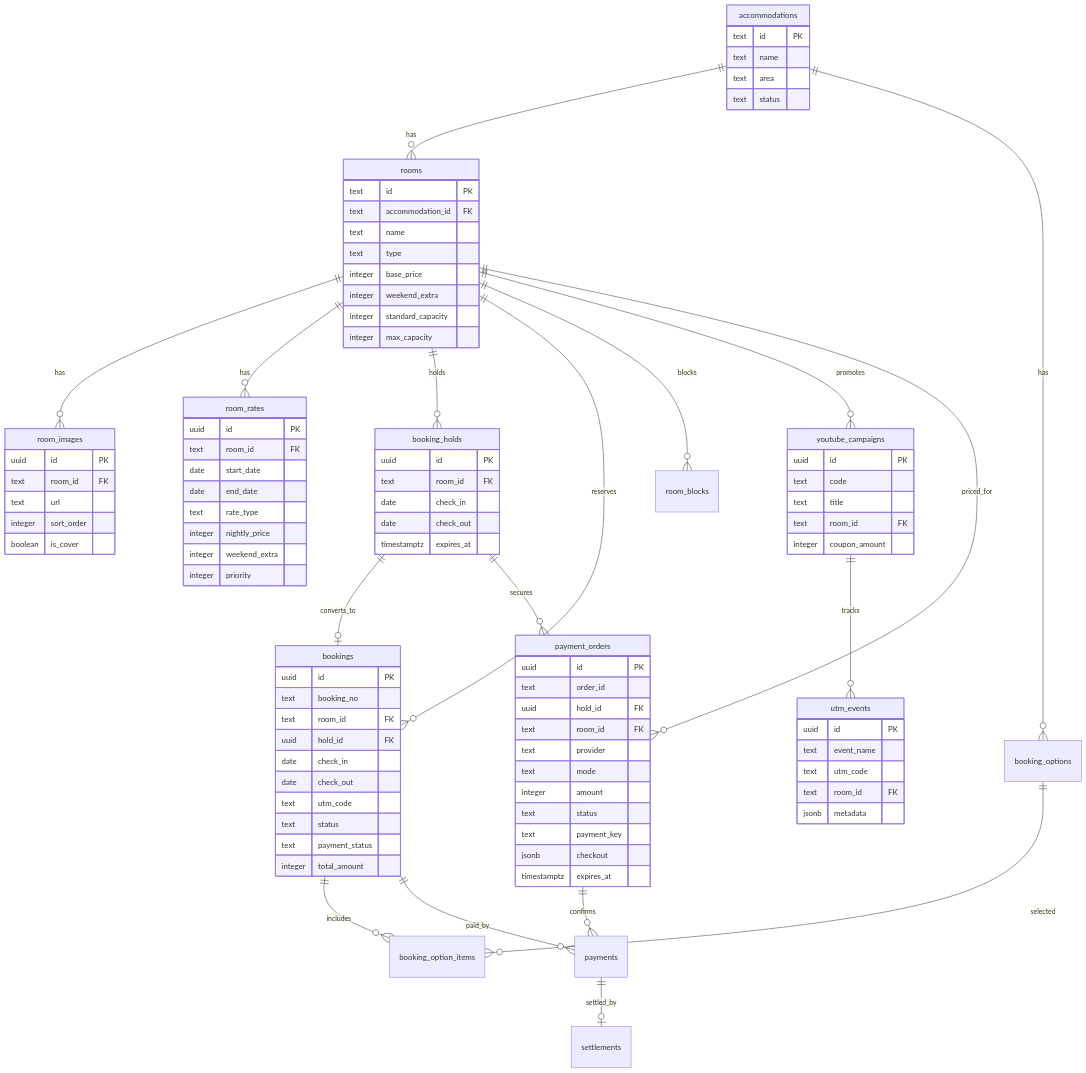
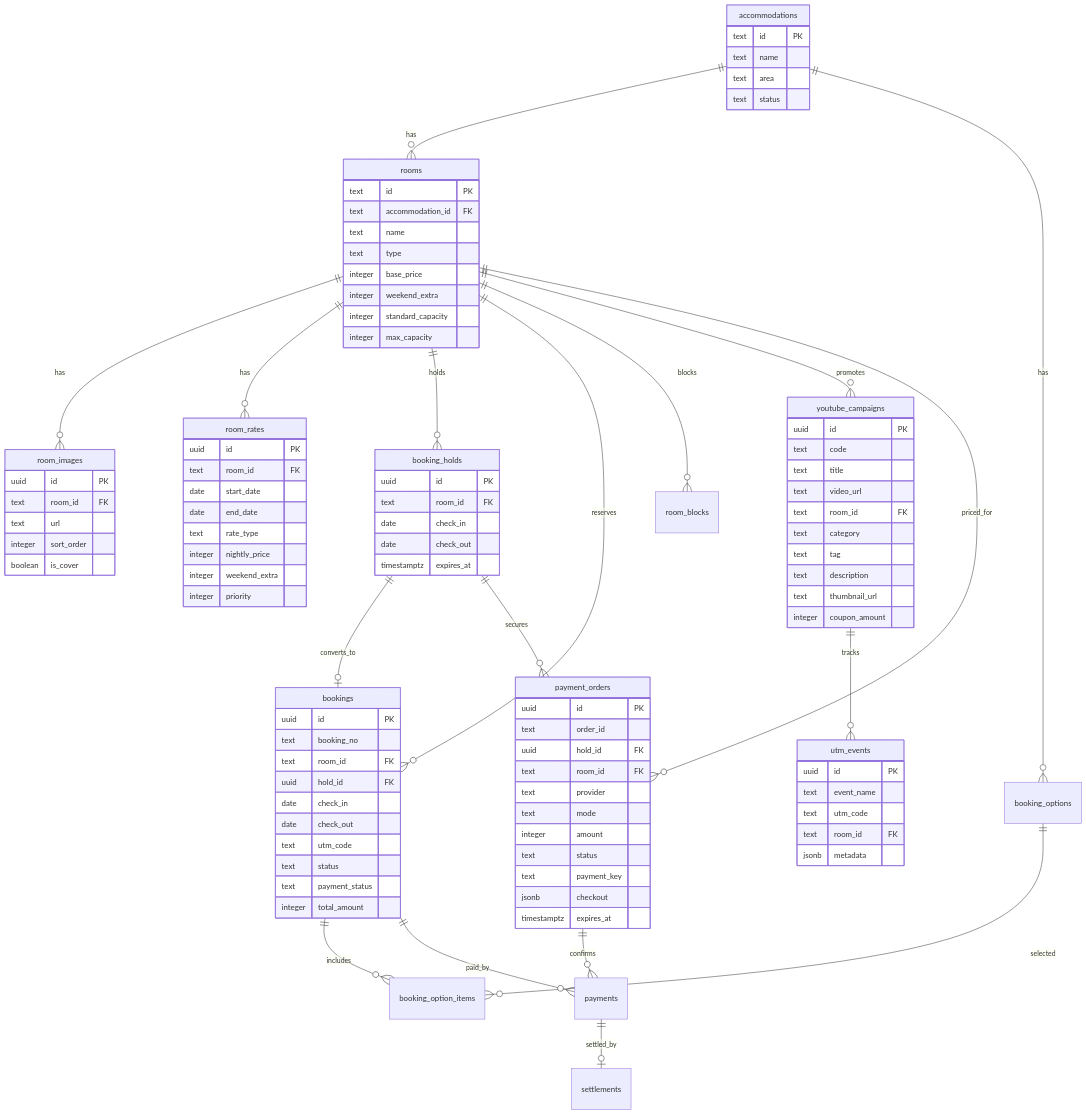
The diagram in docs/db-erd.md (onstone1-bot/penbatv-pension), drawn with Mermaid before and after one commit. The commit also changed 30 other files, not shown here.

```diff
--- a/docs/db-erd.md
+++ b/docs/db-erd.md
@@ -82,7 +82,12 @@
     uuid id PK
     text code
     text title
+    text video_url
     text room_id FK
+    text category
+    text tag
+    text description
+    text thumbnail_url
     integer coupon_amount
   }
 
```
